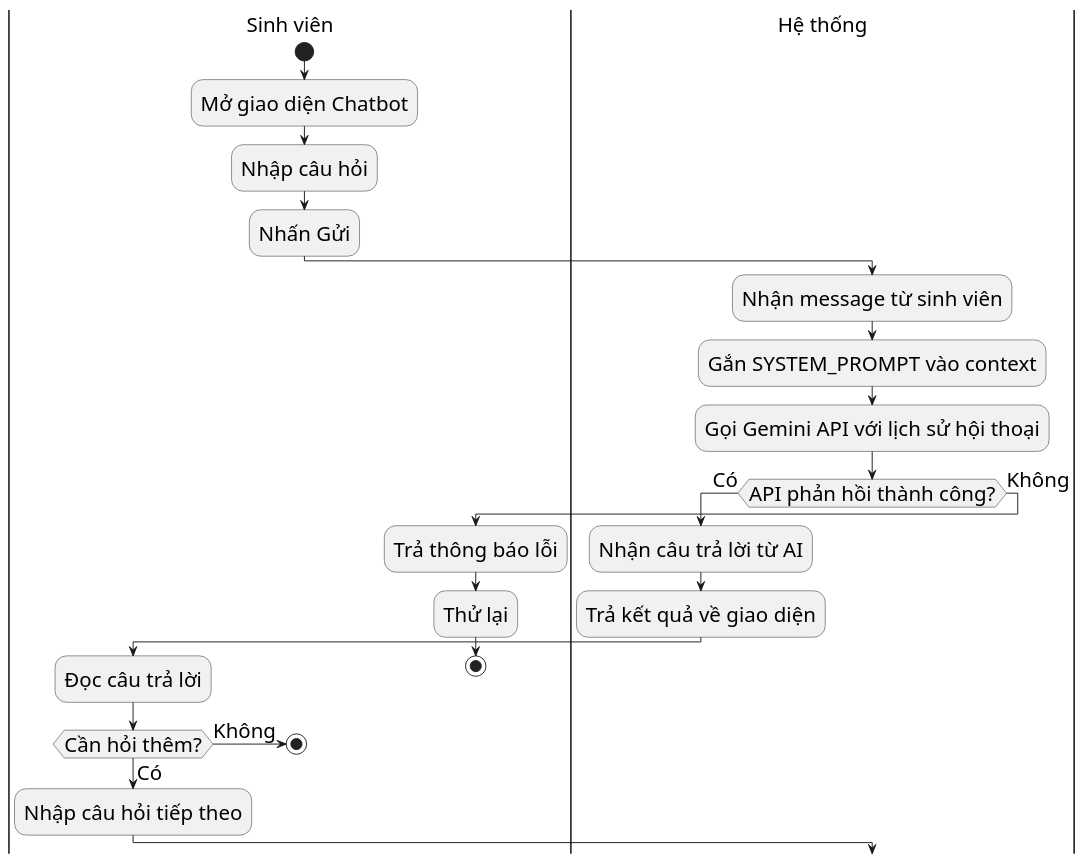
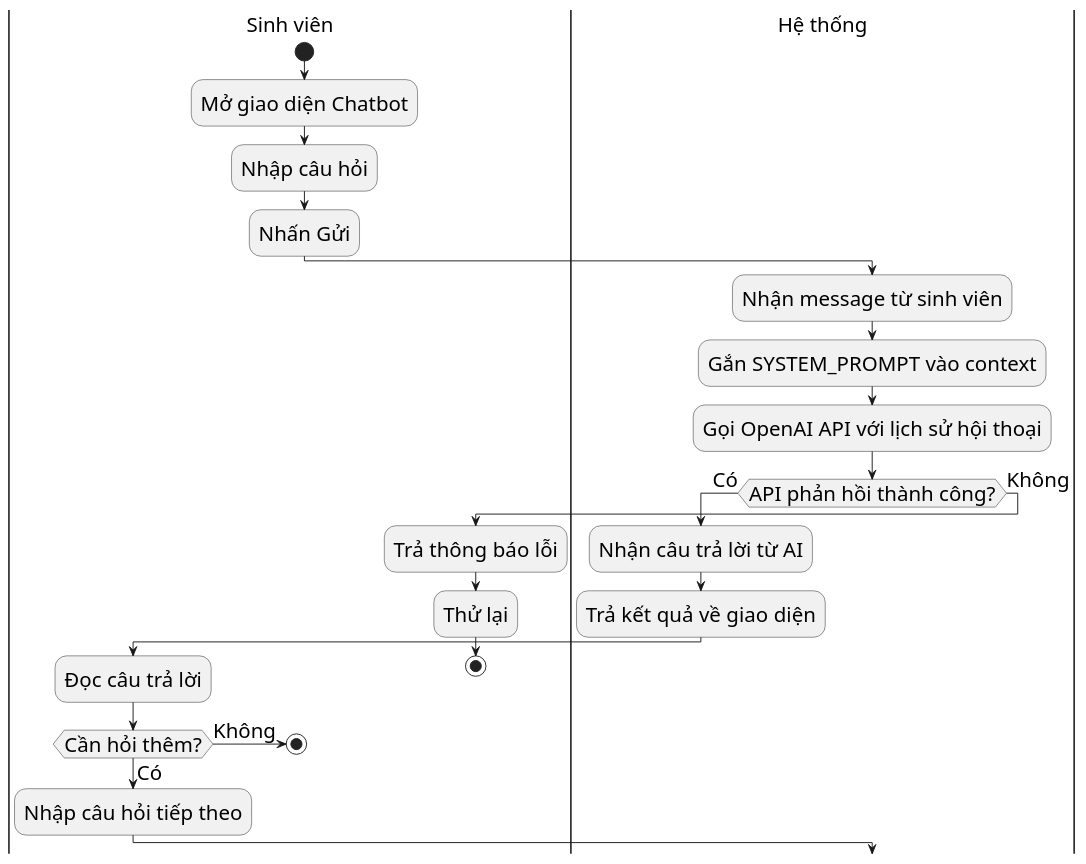
Before and after one commit to s0nbuildtech287/dormitory-frontend: the diagram in diagrams/nhomailog/ai_chatbot_activity.puml, drawn with PlantUML. The commit also changed 7 other files, not shown here.

```diff
--- a/diagrams/nhomailog/ai_chatbot_activity.puml
+++ b/diagrams/nhomailog/ai_chatbot_activity.puml
@@ -1,30 +1,30 @@
 @startuml "AI Chatbot Activity"
 skinparam defaultFontSize 22
 skinparam defaultFontName "Times New Roman"
 ' Activity Diagram: Chatbot AI hỗ trợ sinh viên
 |Sinh viên|
 start
 :Mở giao diện Chatbot;
 :Nhập câu hỏi;
 :Nhấn Gửi;
 |Hệ thống|
 :Nhận message từ sinh viên;
 :Gắn SYSTEM_PROMPT vào context;
-:Gọi Gemini API với lịch sử hội thoại;
+:Gọi OpenAI API với lịch sử hội thoại;
 if (API phản hồi thành công?) then (Có)
   :Nhận câu trả lời từ AI;
   :Trả kết quả về giao diện;
   |Sinh viên|
   :Đọc câu trả lời;
   if (Cần hỏi thêm?) then (Có)
     :Nhập câu hỏi tiếp theo;
   else (Không)
     stop
   endif
 else (Không)
   :Trả thông báo lỗi;
   |Sinh viên|
   :Thử lại;
   stop
 endif
 @enduml
```
